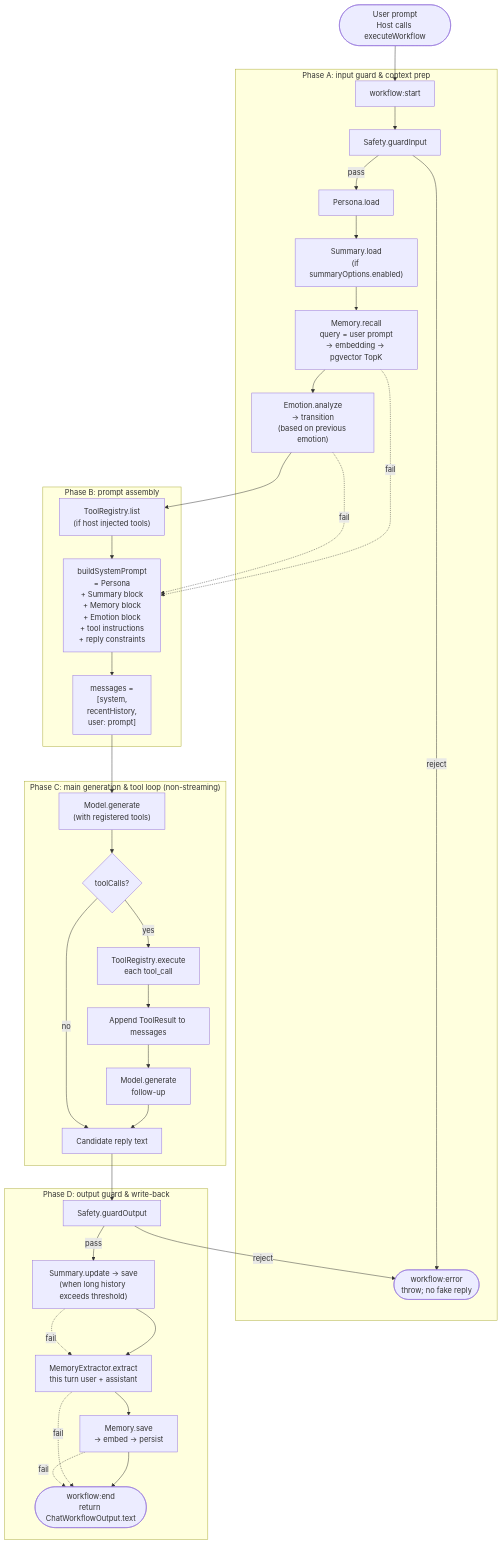
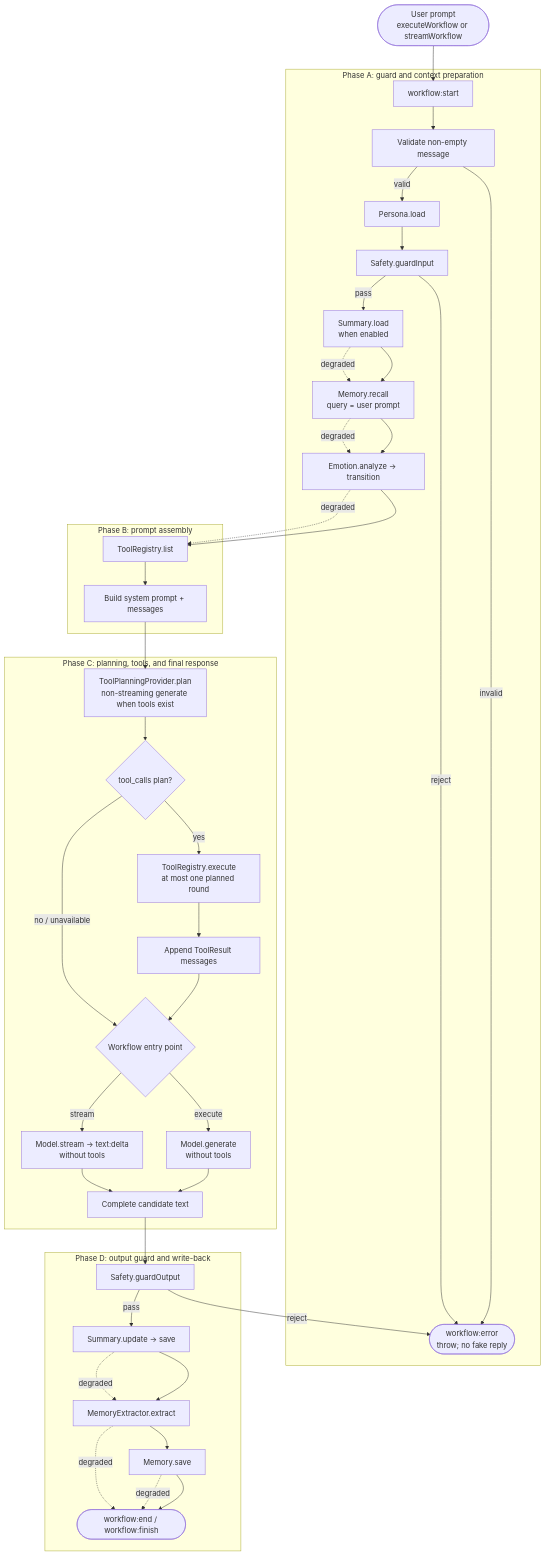
The second of 3 diagrams in packages/ai-core/README.md (KRISACHAN/ying-ai), drawn with Mermaid before and after one commit. The commit also changed other lines of this file and 36 other files, not shown here.

````diff
--- a/packages/ai-core/README.md
+++ b/packages/ai-core/README.md
@@ -180,44 +180,49 @@
 ```mermaid
 flowchart TD
-  START(["User prompt\nHost calls executeWorkflow"]) --> A
+  START(["User prompt\nexecuteWorkflow or streamWorkflow"]) --> A
 
-  subgraph PhaseA["Phase A: input guard & context prep"]
-    A["workflow:start"] --> B["Safety.guardInput"]
-    B -->|reject| ERR(["workflow:error\nthrow; no fake reply"])
-    B -->|pass| C["Persona.load"]
-    C --> D["Summary.load\n(if summaryOptions.enabled)"]
-    D --> E["Memory.recall\nquery = user prompt\n→ embedding → pgvector TopK"]
-    E --> F["Emotion.analyze\n→ transition\n(based on previous emotion)"]
+  subgraph PhaseA["Phase A: guard and context preparation"]
+    A["workflow:start"] --> A1["Validate non-empty message"]
+    A1 -->|invalid| ERR(["workflow:error\nthrow; no fake reply"])
+    A1 -->|valid| B["Persona.load"]
+    B --> C["Safety.guardInput"]
+    C -->|reject| ERR
+    C -->|pass| D["Summary.load\nwhen enabled"]
+    D --> E["Memory.recall\nquery = user prompt"]
+    E --> F["Emotion.analyze → transition"]
   end
 
   subgraph PhaseB["Phase B: prompt assembly"]
-    F --> F2["ToolRegistry.list\n(if host injected tools)"]
-    F2 --> G["buildSystemPrompt\n= Persona\n+ Summary block\n+ Memory block\n+ Emotion block\n+ tool instructions\n+ reply constraints"]
-    G --> H["messages =\n[system,\n recentHistory,\n user: prompt]"]
+    F --> G["ToolRegistry.list"]
+    G --> H["Build system prompt + messages"]
   end
 
-  subgraph PhaseC["Phase C: main generation & tool loop (non-streaming)"]
-    H --> I["Model.generate\n(with registered tools)"]
-    I --> J{"toolCalls?"}
-    J -->|yes| K["ToolRegistry.execute\neach tool_call"]
-    K --> L["Append ToolResult to messages"]
-    L --> I2["Model.generate\nfollow-up"]
-    I2 --> M
-    J -->|no| M["Candidate reply text"]
+  subgraph PhaseC["Phase C: planning, tools, and final response"]
+    H --> I["ToolPlanningProvider.plan\nnon-streaming generate when tools exist"]
+    I --> J{"tool_calls plan?"}
+    J -->|yes| K["ToolRegistry.execute\nat most one planned round"]
+    K --> L["Append ToolResult messages"]
+    J -->|no / unavailable| M{"Workflow entry point"}
+    L --> M
+    M -->|execute| N["Model.generate\nwithout tools"]
+    M -->|stream| O["Model.stream → text:delta\nwithout tools"]
+    N --> P["Complete candidate text"]
+    O --> P
   end
 
-  subgraph PhaseD["Phase D: output guard & write-back"]
-    M --> N["Safety.guardOutput"]
-    N -->|reject| ERR
-    N -->|pass| O["Summary.update → save\n(when long history exceeds threshold)"]
-    O --> P["MemoryExtractor.extract\nthis turn user + assistant"]
-    P --> Q["Memory.save\n→ embed → persist"]
-    Q --> END(["workflow:end\nreturn ChatWorkflowOutput.text"])
+  subgraph PhaseD["Phase D: output guard and write-back"]
+    P --> Q["Safety.guardOutput"]
+    Q -->|reject| ERR
+    Q -->|pass| R["Summary.update → save"]
+    R --> S["MemoryExtractor.extract"]
+    S --> T["Memory.save"]
+    T --> END(["workflow:end / workflow:finish"])
   end
 
-  E -.->|fail| G
-  F -.->|fail| G
-  O -.->|fail| P
-  P -.->|fail| END
-  Q -.->|fail| END
+  D -.->|degraded| E
+  E -.->|degraded| F
+  F -.->|degraded| G
+  R -.->|degraded| S
+  S -.->|degraded| END
+  T -.->|degraded| END
 ```
````
